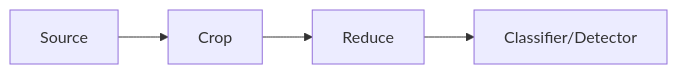
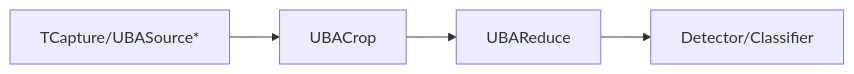
One commit to aicommunity/Rdk-CvBasicLib changed the fifth of 5 diagrams in Docs/Components/CropReduce.md. Above: the diagram before and after it, drawn with Mermaid. The commit also changed other lines of this file and 14 other files, not shown here.

````diff
--- a/Docs/Components/CropReduce.md
+++ b/Docs/Components/CropReduce.md
@@ -32,6 +104,6 @@
 ```mermaid
-flowchart LR
-    src[Source] --> crop[Crop]
-    crop --> red[Reduce]
-    red --> next[Classifier/Detector]
+graph LR
+    Src[TCapture/UBASource*] --> Crop[UBACrop]
+    Crop --> Red[UBAReduce]
+    Red --> Next[Detector/Classifier]
 ```
````
